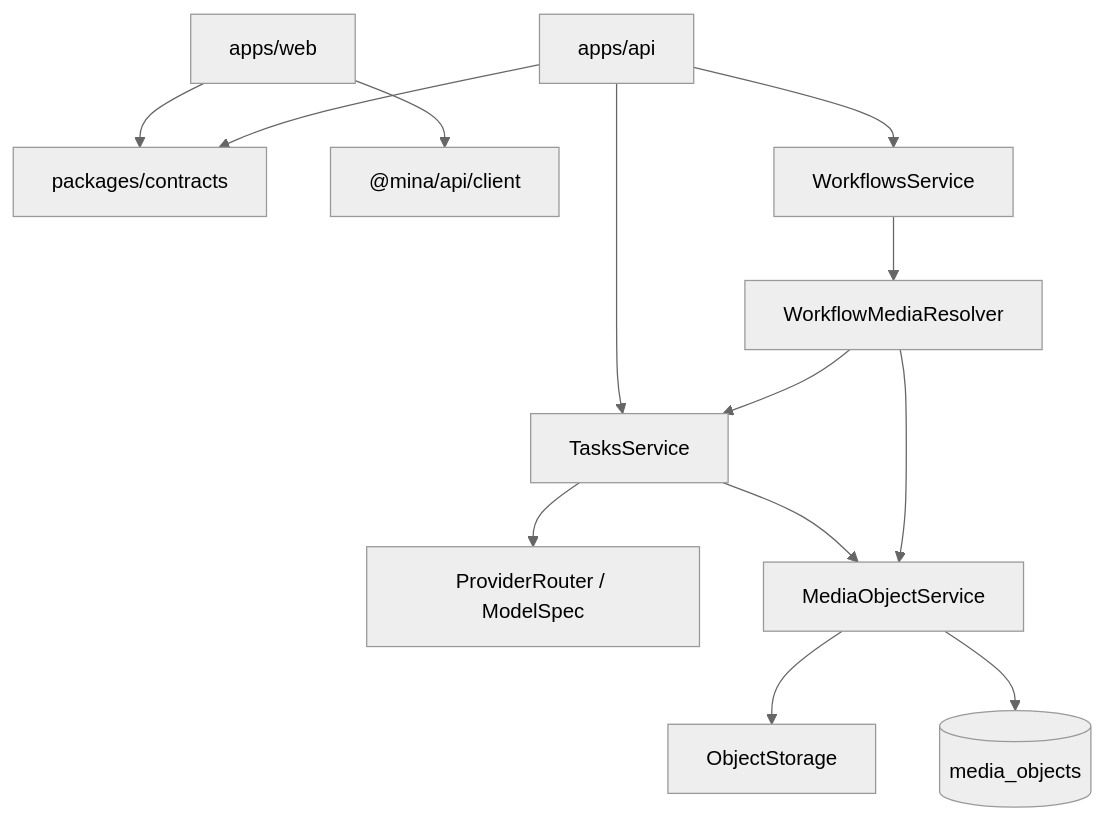
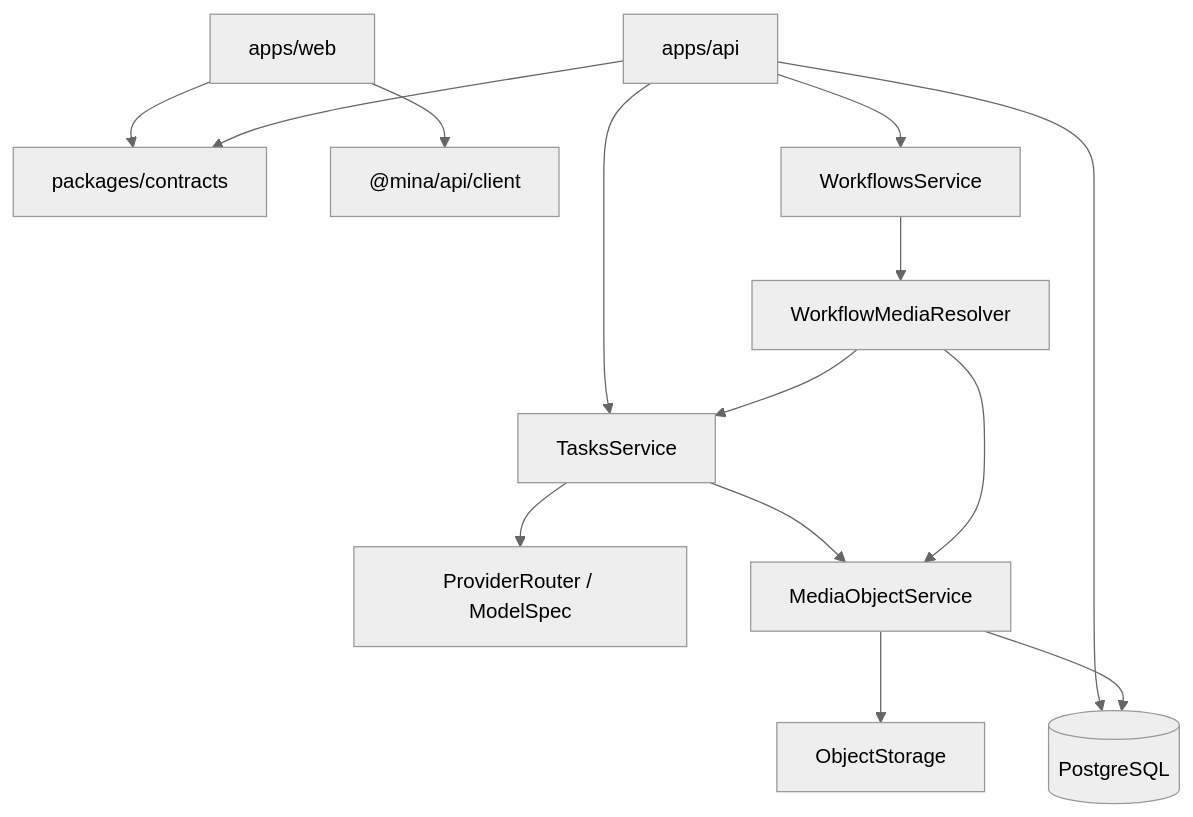
Before and after one commit to HUAHUAI23/mina: the first of 2 diagrams in helloagents/wiki/arch.md, drawn with Mermaid (neutral theme). The commit also changed other lines of this file and 70 other files, not shown here.

````diff
--- a/helloagents/wiki/arch.md
+++ b/helloagents/wiki/arch.md
@@ -4,15 +4,16 @@
 ```mermaid
 flowchart TD
   Web[apps/web] --> Contracts[packages/contracts]
   Web --> ApiClient["@mina/api/client"]
   Api[apps/api] --> Contracts
   Api --> Tasks[TasksService]
   Api --> Workflows[WorkflowsService]
   Tasks --> Providers[ProviderRouter / ModelSpec]
   Tasks --> Media[MediaObjectService]
   Workflows --> Resolver[WorkflowMediaResolver]
   Resolver --> Media
   Resolver --> Tasks
   Media --> Storage[ObjectStorage]
-  Media --> DB[(media_objects)]
+  Api --> DB[(PostgreSQL)]
+  Media --> DB
 ```
````
